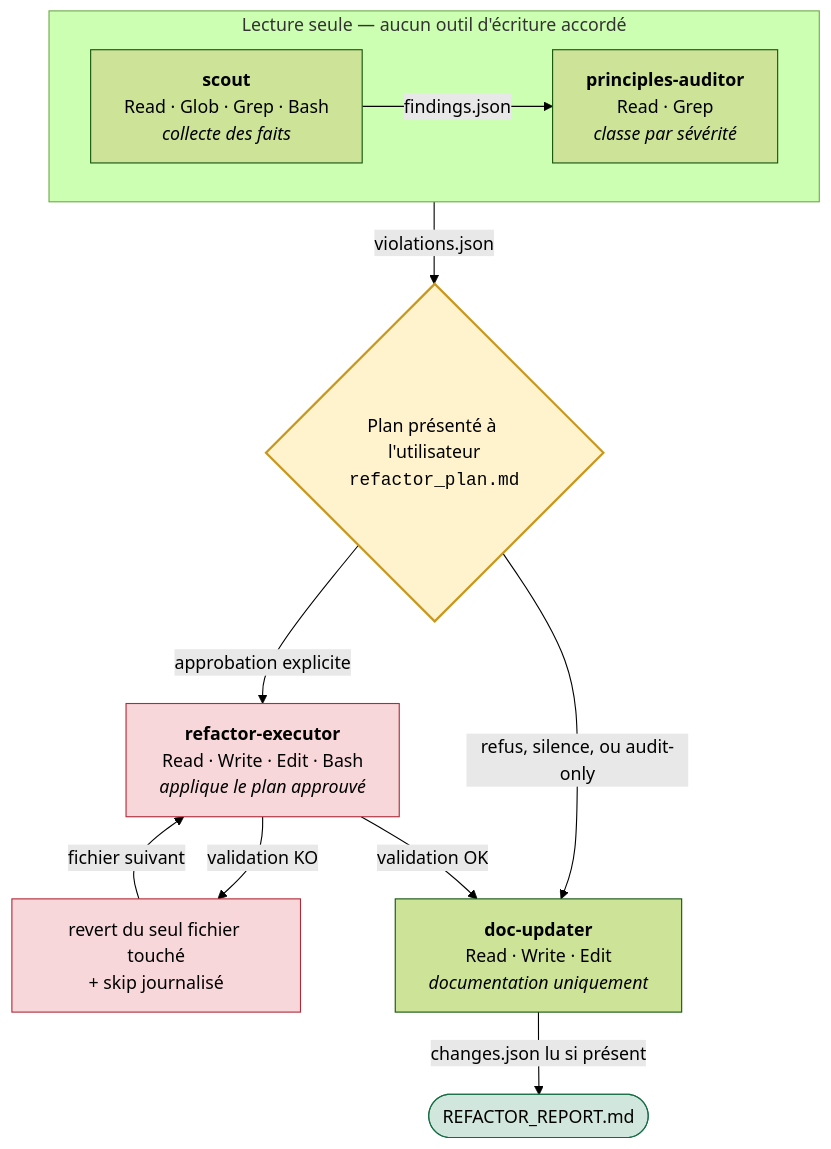
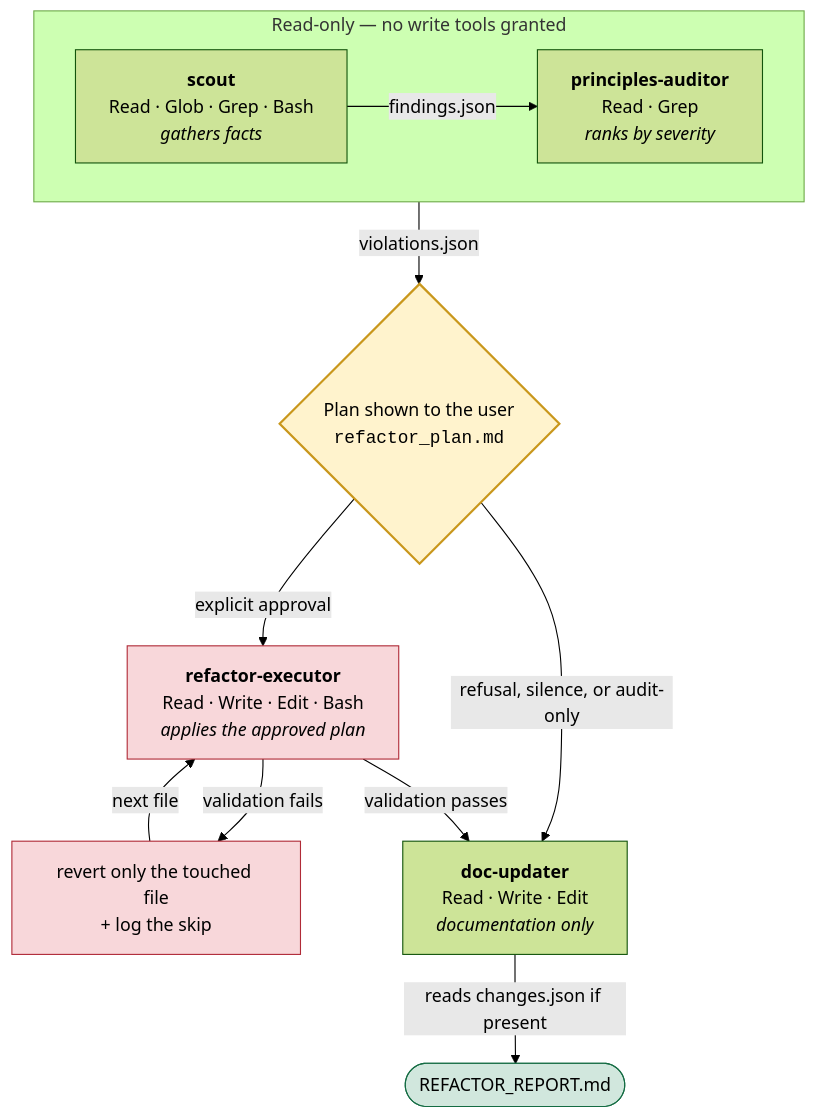
Before and after one commit to Skeeder1/skills_refactor: the diagram in README.md, drawn with Mermaid (forest theme). The commit also changed other lines of this file and 8 other files, not shown here.

````diff
--- a/README.md
+++ b/README.md
@@ -29,28 +39,28 @@
 ```mermaid
 flowchart TD
-    subgraph RO[" Lecture seule — aucun outil d'écriture accordé "]
+    subgraph RO[" Read-only — no write tools granted "]
         direction LR
-        SCOUT["<b>scout</b><br/>Read · Glob · Grep · Bash<br/><i>collecte des faits</i>"]
-        AUDIT["<b>principles-auditor</b><br/>Read · Grep<br/><i>classe par sévérité</i>"]
+        SCOUT["<b>scout</b><br/>Read · Glob · Grep · Bash<br/><i>gathers facts</i>"]
+        AUDIT["<b>principles-auditor</b><br/>Read · Grep<br/><i>ranks by severity</i>"]
     end
 
-    GATE{"Plan présenté à l'utilisateur<br/><code>refactor_plan.md</code>"}
-    EXEC["<b>refactor-executor</b><br/>Read · Write · Edit · Bash<br/><i>applique le plan approuvé</i>"]
-    REVERT["revert du seul fichier touché<br/>+ skip journalisé"]
-    DOC["<b>doc-updater</b><br/>Read · Write · Edit<br/><i>documentation uniquement</i>"]
+    GATE{"Plan shown to the user<br/><code>refactor_plan.md</code>"}
+    EXEC["<b>refactor-executor</b><br/>Read · Write · Edit · Bash<br/><i>applies the approved plan</i>"]
+    REVERT["revert only the touched file<br/>+ log the skip"]
+    DOC["<b>doc-updater</b><br/>Read · Write · Edit<br/><i>documentation only</i>"]
     OUT(["REFACTOR_REPORT.md"])
 
     SCOUT -- "findings.json" --> AUDIT
     AUDIT -- "violations.json" --> GATE
-    GATE -- "approbation explicite" --> EXEC
-    GATE -- "refus, silence, ou audit-only" --> DOC
-    EXEC -- "validation OK" --> DOC
-    EXEC -- "validation KO" --> REVERT
-    REVERT -- "fichier suivant" --> EXEC
-    DOC -- "changes.json lu si présent" --> OUT
+    GATE -- "explicit approval" --> EXEC
+    GATE -- "refusal, silence, or audit-only" --> DOC
+    EXEC -- "validation passes" --> DOC
+    EXEC -- "validation fails" --> REVERT
+    REVERT -- "next file" --> EXEC
+    DOC -- "reads changes.json if present" --> OUT
 
     style GATE fill:#fff3cd,stroke:#c9971c,stroke-width:2px,color:#000
     style EXEC fill:#f8d7da,stroke:#b02a37,color:#000
     style REVERT fill:#f8d7da,stroke:#b02a37,color:#000
     style OUT fill:#d1e7dd,stroke:#146c43,color:#000
 ```
````
